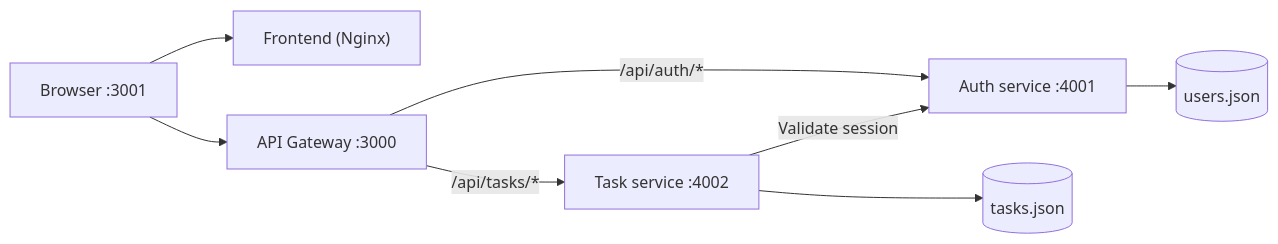
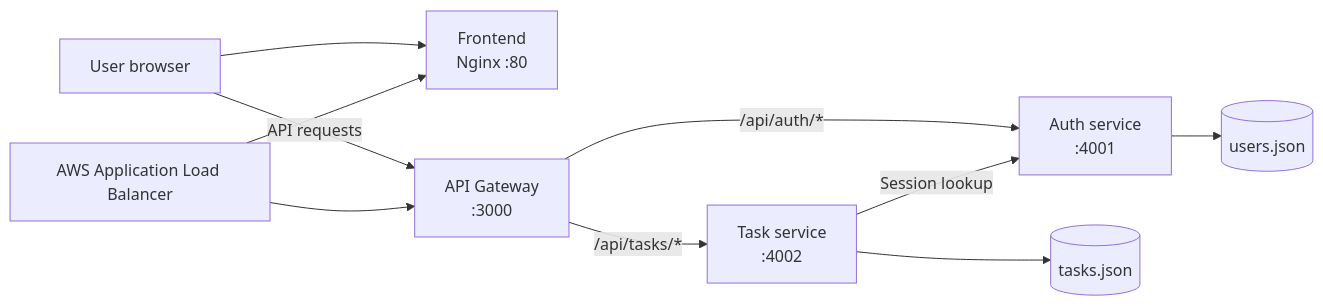
The diagram in README.md (rohamkokane/microservice-application), drawn with Mermaid before and after one commit. The commit also changed other lines of this file, not shown here.

````diff
--- a/README.md
+++ b/README.md
@@ -17,10 +21,12 @@
 ```mermaid
 flowchart LR
-    Browser["Browser :3001"] --> Frontend["Frontend (Nginx)"]
-    Browser --> Gateway["API Gateway :3000"]
-    Gateway -->|"/api/auth/*"| Auth["Auth service :4001"]
-    Gateway -->|"/api/tasks/*"| Tasks["Task service :4002"]
-    Tasks -->|"Validate session"| Auth
-    Auth --> Users[("users.json")]
-    Tasks --> TaskData[("tasks.json")]
+    U["User browser"] --> F["Frontend<br/>Nginx :80"]
+    U -->|"API requests"| G["API Gateway<br/>:3000"]
+    G -->|"/api/auth/*"| A["Auth service<br/>:4001"]
+    G -->|"/api/tasks/*"| T["Task service<br/>:4002"]
+    T -->|"Session lookup"| A
+    A --> UD[("users.json")]
+    T --> TD[("tasks.json")]
+    ALB["AWS Application Load Balancer"] --> F
+    ALB --> G
 ```
````
